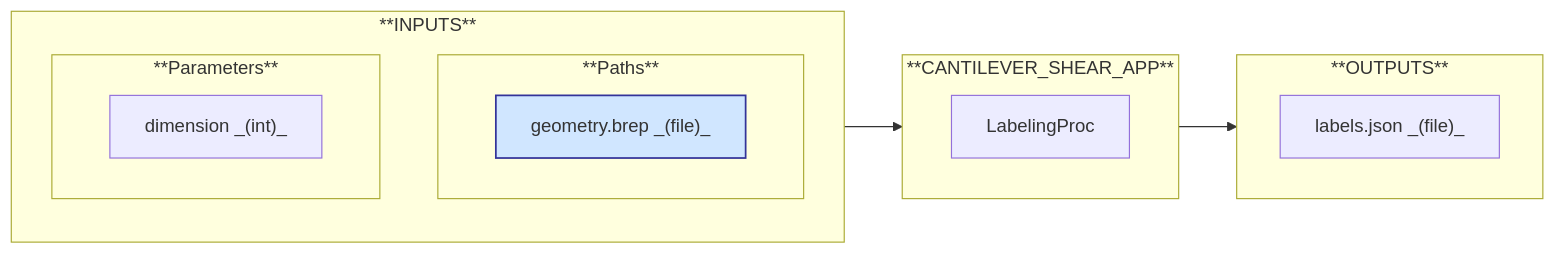
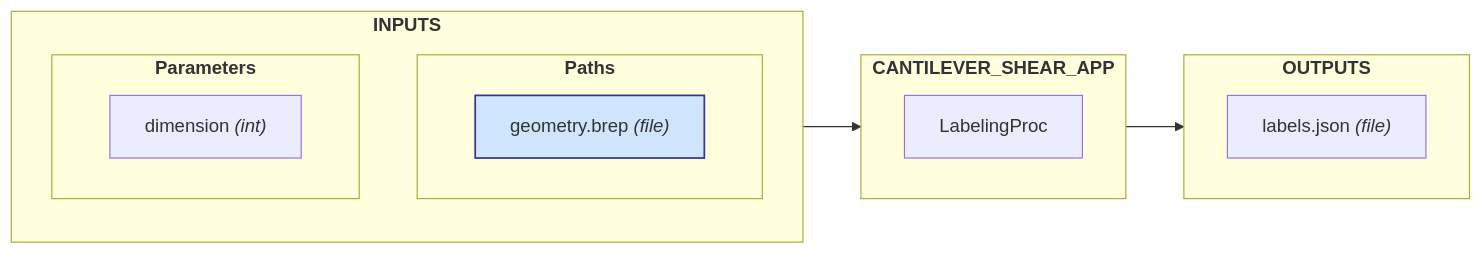
One commit to nuremics/sim-labs changed the sixth of 6 diagrams in src/nuremics_labs/apps/simulation/CANTILEVER_SHEAR_APP/README.md. Above: the diagram before and after it, drawn with Mermaid. The commit also changed other lines of this file, not shown here.

````diff
--- a/src/nuremics_labs/apps/simulation/CANTILEVER_SHEAR_APP/README.md
+++ b/src/nuremics_labs/apps/simulation/CANTILEVER_SHEAR_APP/README.md
@@ -134,33 +134,33 @@
 ```mermaid
 flowchart LR
-  subgraph **INPUTS**
+  subgraph Inputs[<b>INPUTS<b>]
     direction TB
 
-    subgraph **Paths**
+    subgraph Paths[<b>Paths<b>]
       direction LR
-      out1["geometry.brep _(file)_"]
+      out1["geometry.brep <i>(file)<i>"]
     end
 
-    subgraph **Parameters**
+    subgraph Parameters[<b>Parameters<b>]
       direction LR
-      param1["dimension _(int)_"]
+      param1["dimension <i>(int)<i>"]
     end
 
   end
 
-  subgraph **CANTILEVER_SHEAR_APP**
+  subgraph App[<b>CANTILEVER_SHEAR_APP<b>]
     direction RL
     proc2["LabelingProc"]
   end
 
-  subgraph **OUTPUTS**
+  subgraph Outputs[<b>OUTPUTS<b>]
     direction RL
-    out2["labels.json _(file)_"]
+    out2["labels.json <i>(file)<i>"]
   end
 
-  **INPUTS** --> proc2
-  proc2 --> **OUTPUTS**
+  Inputs --> proc2
+  proc2 --> Outputs
 
   classDef blueBox fill:#d0e6ff,stroke:#339,stroke-width:1.5px;
   class out1 blueBox;
 ```
````
